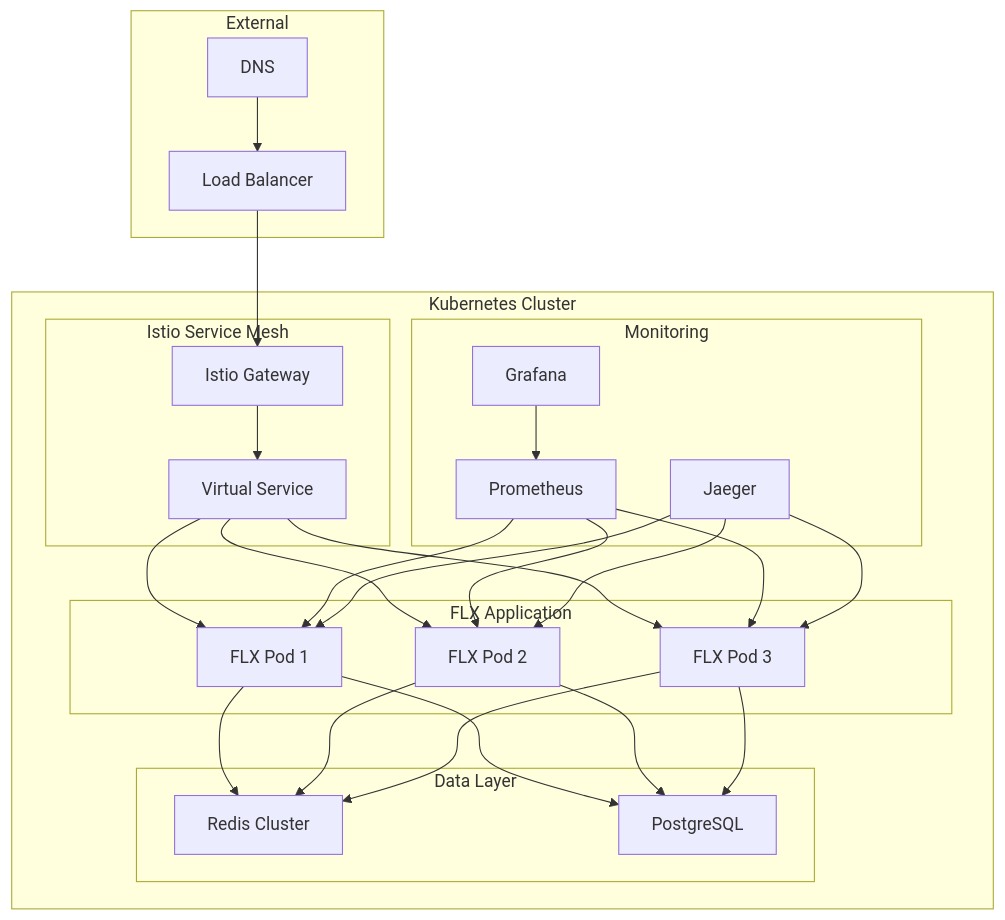
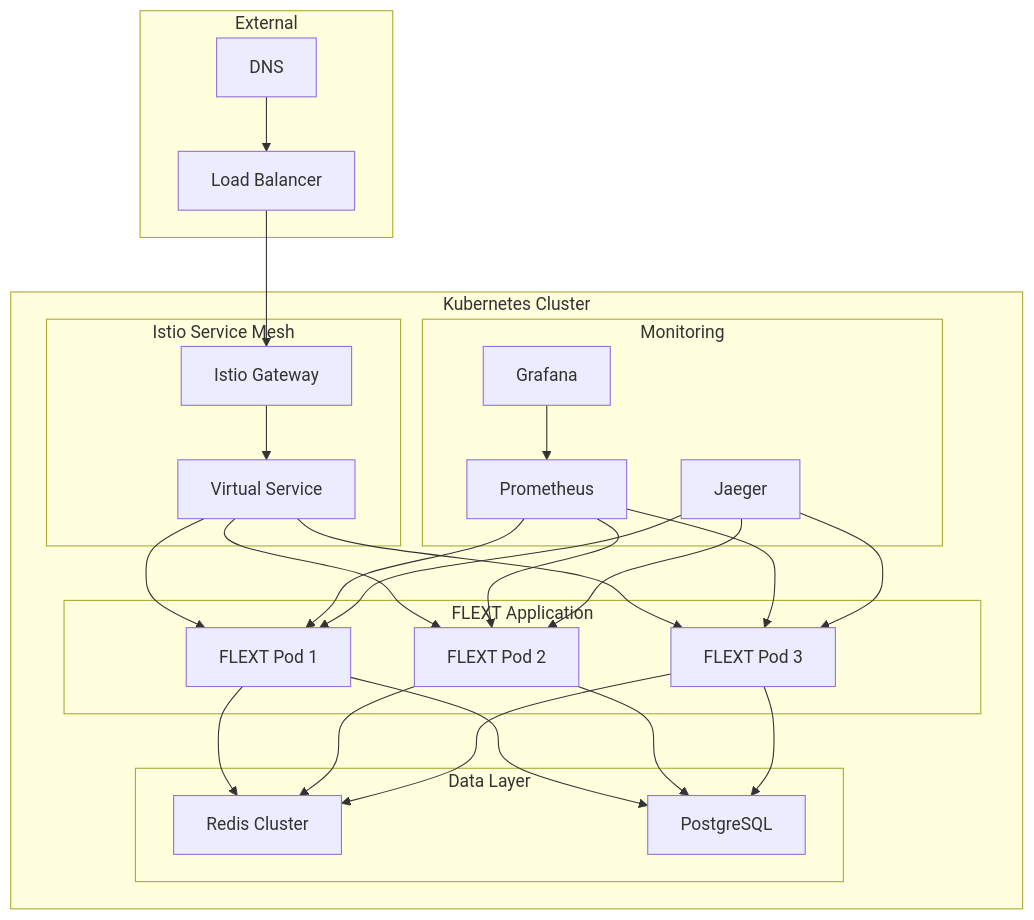
The diagram in docs/deployment/strategies/kubernetes-deployment.md (flext-sh/flext), drawn with Mermaid before and after one commit. The commit also changed other lines of this file and 306 other files, not shown here.

````diff
--- a/docs/deployment/strategies/kubernetes-deployment.md
+++ b/docs/deployment/strategies/kubernetes-deployment.md
@@ -45,53 +45,53 @@
 ```mermaid
 graph TB
     subgraph "External"
         LB[Load Balancer]
         DNS[DNS]
     end
 
     subgraph "Kubernetes Cluster"
         subgraph "Istio Service Mesh"
             IG[Istio Gateway]
             VS[Virtual Service]
         end
 
-        subgraph "FLX Application"
-            FLX1[FLX Pod 1]
-            FLX2[FLX Pod 2]
-            FLX3[FLX Pod 3]
+        subgraph "FLEXT Application"
+            FLX1[FLEXT Pod 1]
+            FLX2[FLEXT Pod 2]
+            FLX3[FLEXT Pod 3]
         end
 
         subgraph "Data Layer"
             REDIS[Redis Cluster]
             POSTGRES[PostgreSQL]
         end
 
         subgraph "Monitoring"
             PROM[Prometheus]
             GRAF[Grafana]
             JAEGER[Jaeger]
         end
     end
 
     DNS --> LB
     LB --> IG
     IG --> VS
     VS --> FLX1
     VS --> FLX2
     VS --> FLX3
 
     FLX1 --> REDIS
     FLX1 --> POSTGRES
     FLX2 --> REDIS
     FLX2 --> POSTGRES
     FLX3 --> REDIS
     FLX3 --> POSTGRES
 
     PROM --> FLX1
     PROM --> FLX2
     PROM --> FLX3
     GRAF --> PROM
     JAEGER --> FLX1
     JAEGER --> FLX2
     JAEGER --> FLX3
 ```
````
